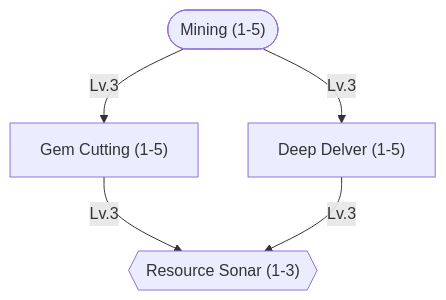
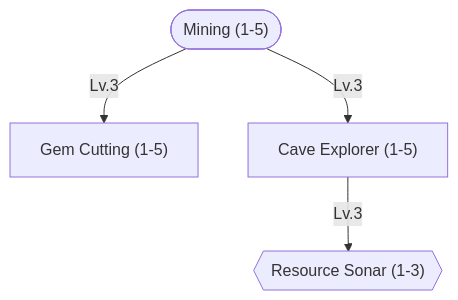
One commit to tfelix/bestia-docs changed the ninth of 14 diagrams in content/docs/mechanics/master.md. Above: the diagram before and after it, drawn with Mermaid. The commit also changed other lines of this file and 1 other file, not shown here.

````diff
--- a/content/docs/mechanics/master.md
+++ b/content/docs/mechanics/master.md
@@ -459,12 +678,11 @@
 ```mermaid
 graph TD
     Mining(["Mining (1-5)"])
     GemCutting["Gem Cutting (1-5)"]
-    DeepDelver["Deep Delver (1-5)"]
+    CaveExplorer["Cave Explorer (1-5)"]
     ResourceSonar{{"Resource Sonar (1-3)"}}
 
     Mining -->|Lv.3| GemCutting
-    Mining -->|Lv.3| DeepDelver
-    GemCutting -->|Lv.3| ResourceSonar
-    DeepDelver -->|Lv.3| ResourceSonar
+    Mining -->|Lv.3| CaveExplorer
+    CaveExplorer -->|Lv.3| ResourceSonar
 ```
````
